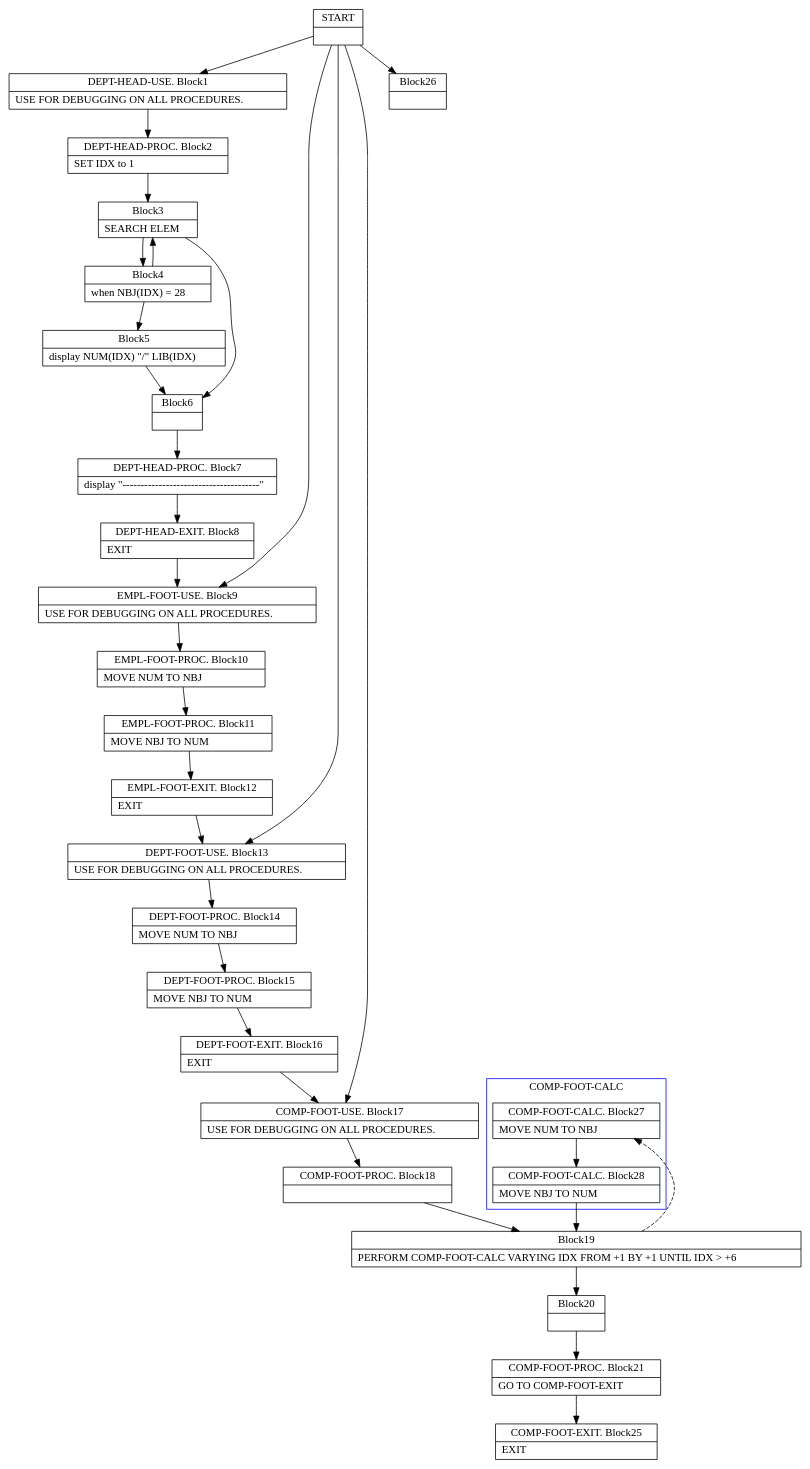
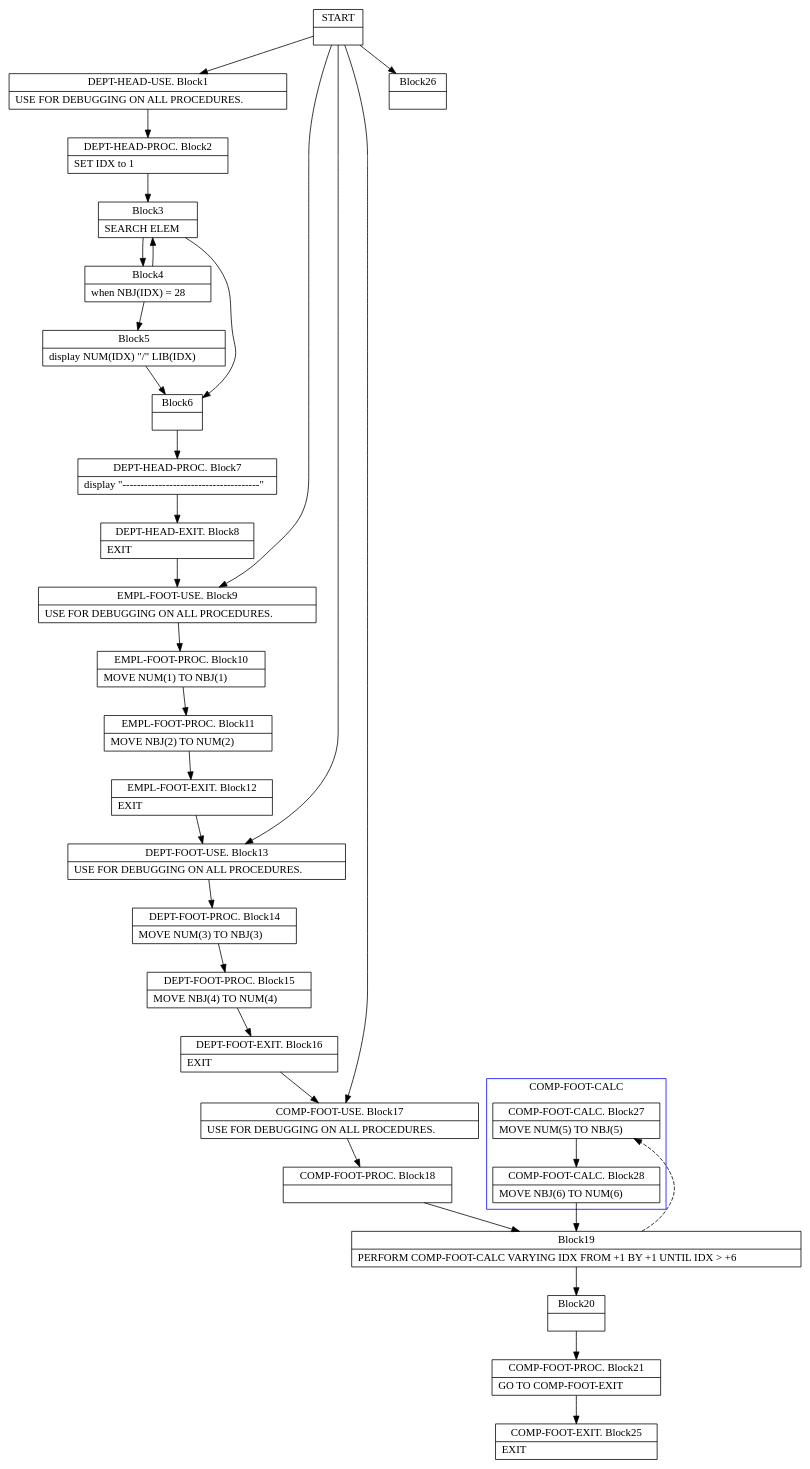
The diagram in TypeCobol.Analysis.Test/BasicCfgInstrs/Declaratives1.dot (TypeCobolTeam/TypeCobol), drawn with Graphviz before and after one commit. The commit also changed 9 other files, not shown here.

```diff
--- a/TypeCobol.Analysis.Test/BasicCfgInstrs/Declaratives1.dot
+++ b/TypeCobol.Analysis.Test/BasicCfgInstrs/Declaratives1.dot
@@ -1,126 +1,126 @@
 digraph Cfg {
 compound=true;
 node [
 shape = "record"
 ]
 
 edge [
 arrowtail = "empty"
 ]
 Block0 [
 label = "{START|}"
 ]
 Block1 [
 label = "{DEPT-HEAD-USE. Block1|    USE FOR DEBUGGING ON ALL PROCEDURES.\l}"
 ]
 Block2 [
 label = "{DEPT-HEAD-PROC. Block2|    SET IDX to 1\l}"
 ]
 Block3 [
 label = "{Block3|    SEARCH ELEM\l}"
 ]
 Block4 [
 label = "{Block4|           when NBJ(IDX) = 28\l}"
 ]
 Block5 [
 label = "{Block5|           display NUM(IDX) \"/\" LIB(IDX)\l}"
 ]
 Block6 [
 label = "{Block6|}"
 ]
 Block7 [
 label = "{DEPT-HEAD-PROC. Block7|    display \"--------------------------------------\"\l}"
 ]
 Block8 [
 label = "{DEPT-HEAD-EXIT. Block8|EXIT\l}"
 ]
 Block9 [
 label = "{EMPL-FOOT-USE. Block9|                       USE FOR DEBUGGING ON ALL PROCEDURES.\l}"
 ]
 Block10 [
-label = "{EMPL-FOOT-PROC. Block10|MOVE NUM TO NBJ\l}"
+label = "{EMPL-FOOT-PROC. Block10|MOVE NUM(1) TO NBJ(1)\l}"
 ]
 Block11 [
-label = "{EMPL-FOOT-PROC. Block11|MOVE NBJ TO NUM\l}"
+label = "{EMPL-FOOT-PROC. Block11|MOVE NBJ(2) TO NUM(2)\l}"
 ]
 Block12 [
 label = "{EMPL-FOOT-EXIT. Block12|EXIT\l}"
 ]
 Block13 [
 label = "{DEPT-FOOT-USE. Block13|                       USE FOR DEBUGGING ON ALL PROCEDURES.\l}"
 ]
 Block14 [
-label = "{DEPT-FOOT-PROC. Block14|MOVE NUM TO NBJ\l}"
+label = "{DEPT-FOOT-PROC. Block14|MOVE NUM(3) TO NBJ(3)\l}"
 ]
 Block15 [
-label = "{DEPT-FOOT-PROC. Block15|MOVE NBJ TO NUM\l}"
+label = "{DEPT-FOOT-PROC. Block15|MOVE NBJ(4) TO NUM(4)\l}"
 ]
 Block16 [
 label = "{DEPT-FOOT-EXIT. Block16|EXIT\l}"
 ]
 Block17 [
 label = "{COMP-FOOT-USE. Block17|                       USE FOR DEBUGGING ON ALL PROCEDURES.\l}"
 ]
 Block18 [
 label = "{COMP-FOOT-PROC. Block18|}"
 ]
 Block19 [
 label = "{Block19|PERFORM COMP-FOOT-CALC  VARYING IDX FROM +1 BY +1  UNTIL IDX \> +6\l}"
 ]
 subgraph cluster_1{
 color = blue;
 label = "COMP-FOOT-CALC";
 Block27 [
-label = "{COMP-FOOT-CALC. Block27|MOVE NUM TO NBJ\l}"
+label = "{COMP-FOOT-CALC. Block27|MOVE NUM(5) TO NBJ(5)\l}"
 ]
 Block28 [
-label = "{COMP-FOOT-CALC. Block28|MOVE NBJ TO NUM\l}"
+label = "{COMP-FOOT-CALC. Block28|MOVE NBJ(6) TO NUM(6)\l}"
 ]
 
 }
 Block19 -> Block27 [style=dashed]
 
 Block20 [
 label = "{Block20|}"
 ]
 Block21 [
 label = "{COMP-FOOT-PROC. Block21|GO TO COMP-FOOT-EXIT\l}"
 ]
 Block25 [
 label = "{COMP-FOOT-EXIT. Block25|EXIT\l}"
 ]
 Block26 [
 label = "{Block26|}"
 ]
 Block0 -> Block1
 Block0 -> Block26
 Block0 -> Block9
 Block0 -> Block13
 Block0 -> Block17
 Block1 -> Block2
 Block2 -> Block3
 Block3 -> Block4
 Block3 -> Block6
 Block4 -> Block5
 Block4 -> Block3
 Block5 -> Block6
 Block6 -> Block7
 Block7 -> Block8
 Block8 -> Block9
 Block9 -> Block10
 Block10 -> Block11
 Block11 -> Block12
 Block12 -> Block13
 Block13 -> Block14
 Block14 -> Block15
 Block15 -> Block16
 Block16 -> Block17
 Block17 -> Block18
 Block18 -> Block19
 Block27 -> Block28
 Block28 -> Block19
 Block19 -> Block20
 Block20 -> Block21
 Block21 -> Block25
 
 }
```
